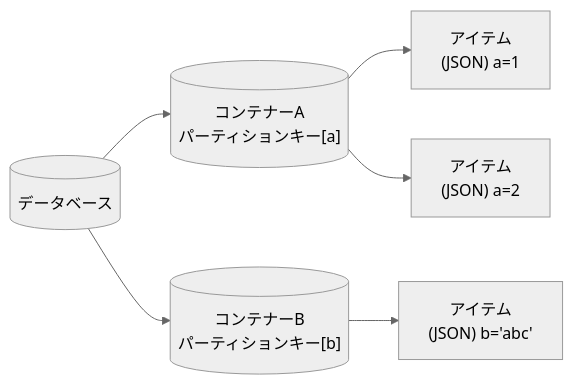
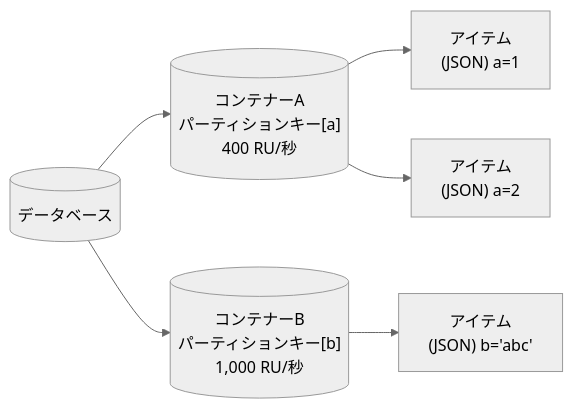
The first of 2 diagrams in readme.md (tahayaka-microsoft/CosmosDB-ChangeFeed-Functions), drawn with Mermaid (neutral theme) before and after one commit. The commit also changed other lines of this file, not shown here.

````diff
--- a/readme.md
+++ b/readme.md
@@ -131,13 +142,15 @@
 ```mermaid
 graph LR
     A[(データベース)] --> B[("`コンテナーA
-    パーティションキー[a]  `")]
+    パーティションキー[a]
+    400 RU/秒`")]
     A --> C[("`コンテナーB
-    パーティションキー[b]  `")]
+    パーティションキー[b]
+    1,000 RU/秒`")]
     C --> E["`アイテム
     (JSON) b='abc'`"]
     B --> D["`アイテム
     (JSON) a=1  `"]
     B --> F["`アイテム
     (JSON) a=2  `"]
 ```
````
